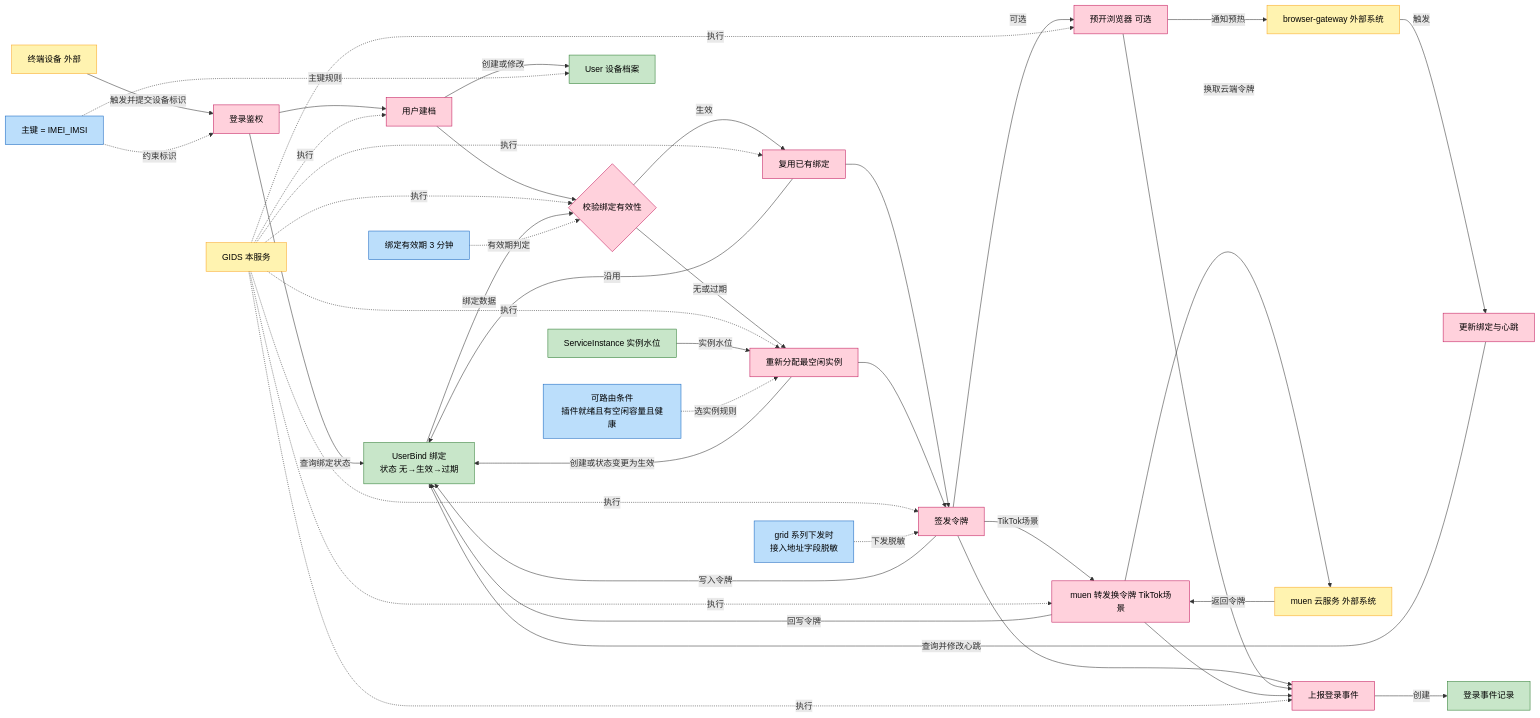
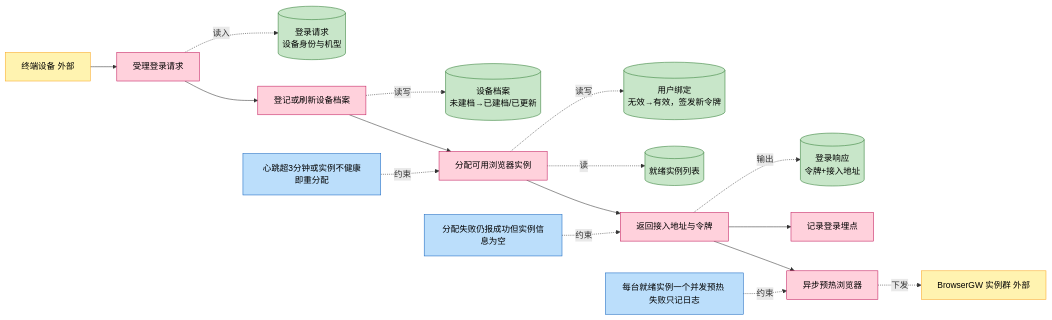
One commit to CoreGeekASTL/AIAction changed the first of 5 diagrams in docs/story/feature-login-auth.md. Above: the diagram before and after it, drawn with Mermaid. The commit also changed other lines of this file and 6 other files, not shown here.

````diff
--- a/docs/story/feature-login-auth.md
+++ b/docs/story/feature-login-auth.md
@@ -10,73 +14,38 @@
 ```mermaid
 flowchart LR
-    classDef mi fill:#ffd1dc,stroke:#c2185b,color:#000
-    classDef role fill:#fff3b0,stroke:#f9a825,color:#000
-    classDef ppt fill:#c8e6c9,stroke:#2e7d32,color:#000
-    classDef desc fill:#bbdefb,stroke:#1565c0,color:#000
+  classDef mi fill:#ffd1dc,stroke:#c2185b,color:#000
+  classDef role fill:#fff3b0,stroke:#f9a825,color:#000
+  classDef ppt fill:#c8e6c9,stroke:#2e7d32,color:#000
+  classDef desc fill:#bbdefb,stroke:#1565c0,color:#000
 
-    DEV[终端设备 外部]:::role
-    GW[browser-gateway 外部系统]:::role
-    MUEN[muen 云服务 外部系统]:::role
-    GIDS[GIDS 本服务]:::role
+  Caller[终端设备 外部]:::role
+  GW[BrowserGW 实例群 外部]:::role
+  E1[受理登录请求]:::mi
+  E2[登记或刷新设备档案]:::mi
+  E3[分配可用浏览器实例]:::mi
+  E4[返回接入地址与令牌]:::mi
+  E5[异步预热浏览器]:::mi
+  E6[记录登录埋点]:::mi
+  In[(登录请求<br/>设备身份与机型)]:::ppt
+  User[(设备档案<br/>未建档→已建档/已更新)]:::ppt
+  Instances[(就绪实例列表)]:::ppt
+  Bind[(用户绑定<br/>无效→有效，签发新令牌)]:::ppt
+  Out[(登录响应<br/>令牌+接入地址)]:::ppt
+  R1[心跳超3分钟或实例不健康即重分配]:::desc
+  R2[分配失败仍报成功但实例信息为空]:::desc
+  R3[每台就绪实例一个并发预热 失败只记日志]:::desc
 
-    E1[登录鉴权]:::mi
-    E2[用户建档]:::mi
-    E3{校验绑定有效性}:::mi
-    E4[复用已有绑定]:::mi
-    E5[重新分配最空闲实例]:::mi
-    E6[签发令牌]:::mi
-    E7[预开浏览器 可选]:::mi
-    E8[muen 转发换令牌 TikTok场景]:::mi
-    E9[上报登录事件]:::mi
-    E10[更新绑定与心跳]:::mi
-
-    U[User 设备档案]:::ppt
-    UB[UserBind 绑定<br/>状态 无→生效→过期]:::ppt
-    SI[ServiceInstance 实例水位]:::ppt
-    EVT[登录事件记录]:::ppt
-
-    R1[主键 = IMEI_IMSI]:::desc
-    R2[绑定有效期 3 分钟]:::desc
-    R3[可路由条件<br/>插件就绪且有空闲容量且健康]:::desc
-    R4[grid 系列下发时<br/>接入地址字段脱敏]:::desc
-
-    DEV -->|触发并提交设备标识| E1
-    R1 -.约束标识.-> E1
-    E1 -->|查询绑定状态| UB
-    E1 --> E2
-    GIDS -.->|执行| E2
-    E2 -->|创建或修改| U
-    R1 -.主键规则.-> U
-    E2 --> E3
-    GIDS -.->|执行| E3
-    UB -->|绑定数据| E3
-    R2 -.有效期判定.-> E3
-    E3 -->|生效| E4
-    E3 -->|无或过期| E5
-    GIDS -.->|执行| E4
-    E4 -->|沿用| UB
-    GIDS -.->|执行| E5
-    SI -->|实例水位| E5
-    R3 -.选实例规则.-> E5
-    E5 -->|创建或状态变更为生效| UB
-    E4 --> E6
-    E5 --> E6
-    GIDS -.->|执行| E6
-    E6 -->|写入令牌| UB
-    R4 -.下发脱敏.-> E6
-    E6 -->|可选| E7
-    E6 -->|TikTok场景| E8
-    E6 --> E9
-    GIDS -.->|执行| E7
-    E7 -->|通知预热| GW
-    E7 --> E9
-    GIDS -.->|执行| E8
-    E8 -->|换取云端令牌| MUEN
-    MUEN -->|返回令牌| E8
-    E8 -->|回写令牌| UB
-    E8 --> E9
-    GIDS -.->|执行| E9
-    E9 -->|创建| EVT
-    GW -->|触发| E10
-    E10 -->|查询并修改心跳| UB
+  Caller --> E1
+  E1 --> E2 --> E3 --> E4
+  E4 --> E5
+  E4 --> E6
+  E1 -.读入.-> In
+  E2 -.读写.-> User
+  E3 -.读.-> Instances
+  E3 -.读写.-> Bind
+  E4 -.输出.-> Out
+  E5 -.下发.-> GW
+  R1 -.约束.-> E3
+  R2 -.约束.-> E4
+  R3 -.约束.-> E5
 ```
````
